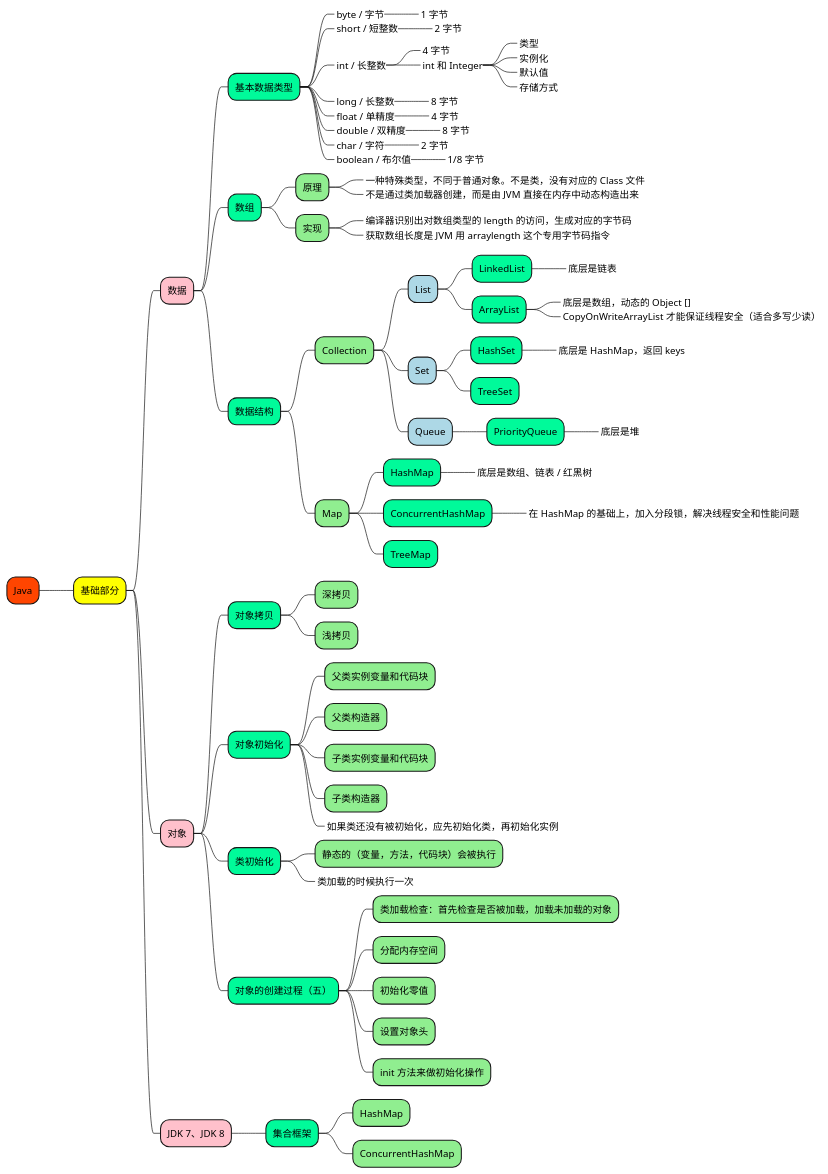
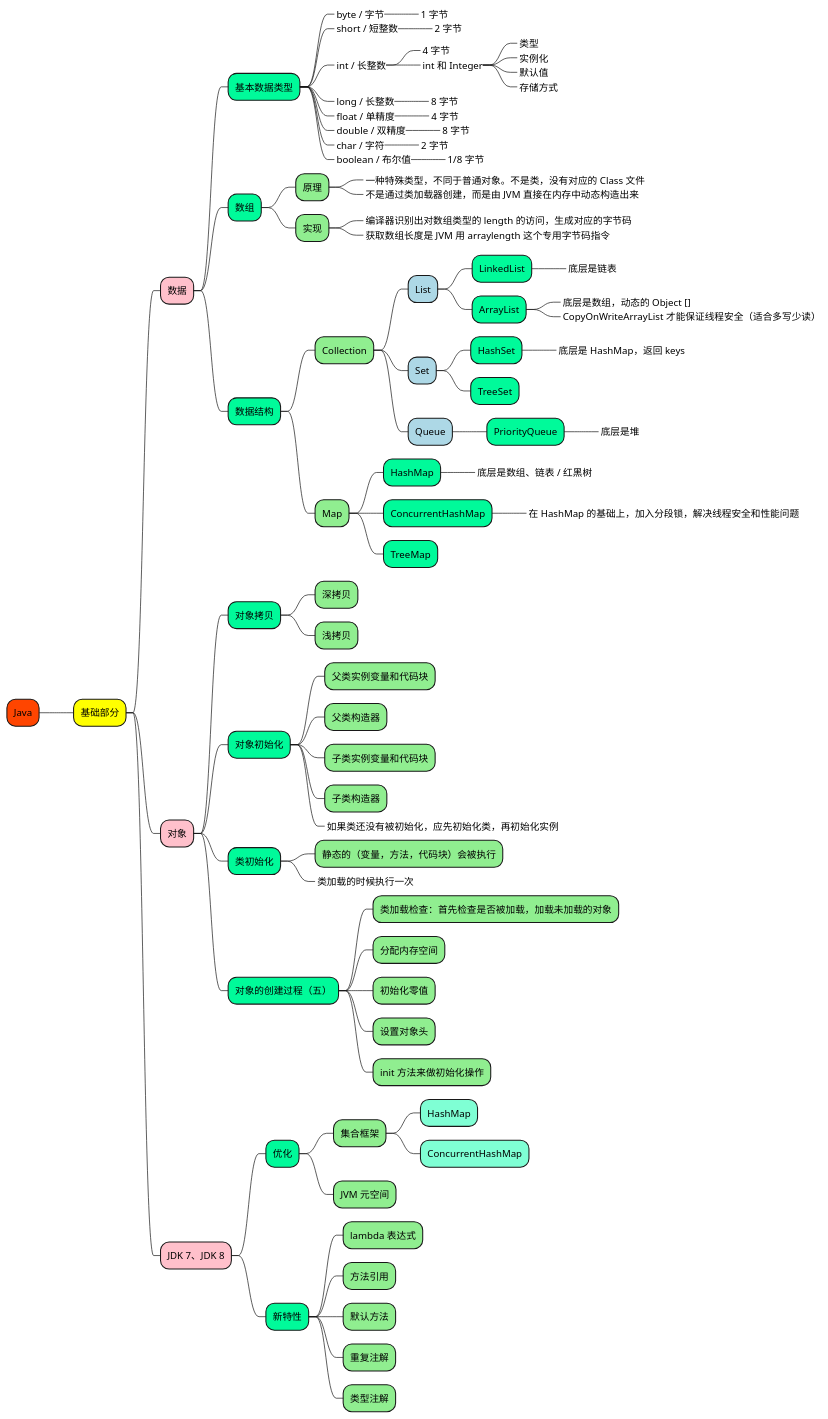
Before and after one commit to doveg/self-cultivation-of-a-software-engineer: the diagram in 1_map/1-java/Java.puml, drawn with PlantUML. The commit also changed 15 other files, not shown here.

```diff
--- a/1_map/1-java/Java.puml
+++ b/1_map/1-java/Java.puml
@@ -1,114 +1,125 @@
 @startmindmap
 
 +[#OrangeRed] Java
 
 ++[#yellow] 基础部分
 
 +++[#Pink] 数据
 
 ++++[#MediumSpringGreen] 基本数据类型
 
 +++++[#LightGreen]_ byte / 字节
 ++++++_ 1 字节
 +++++[#LightGreen]_ short / 短整数
 ++++++_ 2 字节
 +++++[#LightGreen]_ int / 长整数
 ++++++_ 4 字节
 ++++++[#LightGreen]_ int 和 Integer
 +++++++_ 类型
 +++++++_ 实例化
 +++++++_ 默认值
 +++++++_ 存储方式
 +++++[#LightGreen]_ long / 长整数
 ++++++_ 8 字节
 +++++[#LightGreen]_ float / 单精度
 ++++++_ 4 字节
 +++++[#LightGreen]_ double / 双精度
 ++++++_ 8 字节
 +++++[#LightGreen]_ char / 字符
 ++++++_ 2 字节
 +++++[#LightGreen]_ boolean / 布尔值
 ++++++_ 1/8 字节
 
 ++++[#MediumSpringGreen] 数组
 
 +++++[#LightGreen] 原理
 ++++++[#LightBlue]_ 一种特殊类型，不同于普通对象。不是类，没有对应的 Class 文件
 ++++++[#LightBlue]_ 不是通过类加载器创建，而是由 JVM 直接在内存中动态构造出来
 
 +++++[#LightGreen] 实现
 ++++++[#LightBlue]_ 编译器识别出对数组类型的 length 的访问，生成对应的字节码
 ++++++[#LightBlue]_ 获取数组长度是 JVM 用 arraylength 这个专用字节码指令
 
 ++++[#MediumSpringGreen] 数据结构
 
 +++++[#LightGreen] Collection
 ++++++[#LightBlue] List
 +++++++[#MediumSpringGreen] LinkedList
 ++++++++[#MediumSpringGreen]_ 底层是链表
 +++++++[#MediumSpringGreen] ArrayList
 ++++++++[#MediumSpringGreen]_ 底层是数组，动态的 Object []
 ++++++++[#MediumSpringGreen]_ CopyOnWriteArrayList 才能保证线程安全（适合多写少读）
 
 ++++++[#LightBlue] Set
 +++++++[#MediumSpringGreen] HashSet
 ++++++++[#MediumSpringGreen]_ 底层是 HashMap，返回 keys
 +++++++[#MediumSpringGreen] TreeSet
 
 ++++++[#LightBlue] Queue
 +++++++[#MediumSpringGreen] PriorityQueue
 ++++++++[#MediumSpringGreen]_ 底层是堆
 
 +++++[#LightGreen] Map
 ++++++[#MediumSpringGreen] HashMap
 +++++++[#MediumSpringGreen]_ 底层是数组、链表 / 红黑树
 ++++++[#MediumSpringGreen] ConcurrentHashMap
 +++++++[#MediumSpringGreen]_ 在 HashMap 的基础上，加入分段锁，解决线程安全和性能问题
 ++++++[#MediumSpringGreen] TreeMap
 
 
 +++[#Pink] 对象
 
 ++++[#MediumSpringGreen] 对象拷贝
 +++++[#LightGreen] 深拷贝
 +++++[#LightGreen] 浅拷贝
 
 ++++[#MediumSpringGreen] 对象初始化
 +++++[#LightGreen] 父类实例变量和代码块
 +++++[#LightGreen] 父类构造器
 +++++[#LightGreen] 子类实例变量和代码块
 +++++[#LightGreen] 子类构造器
 +++++[#LightGreen]_ 如果类还没有被初始化，应先初始化类，再初始化实例
 
 ++++[#MediumSpringGreen] 类初始化
 +++++[#LightGreen] 静态的（变量，方法，代码块）会被执行
 +++++[#LightGreen]_ 类加载的时候执行一次
 
 ++++[#MediumSpringGreen] 对象的创建过程（五）
 +++++[#LightGreen] 类加载检查：首先检查是否被加载，加载未加载的对象
 +++++[#LightGreen] 分配内存空间
 +++++[#LightGreen] 初始化零值
 +++++[#LightGreen] 设置对象头
 +++++[#LightGreen] init 方法来做初始化操作
 
 
 
 +++[#Pink] JDK 7、JDK 8
 
-++++[#MediumSpringGreen] 集合框架
-+++++[#LightGreen] HashMap
-+++++[#LightGreen] ConcurrentHashMap
+++++[#MediumSpringGreen] 优化
+
++++++[#LightGreen] 集合框架
+++++++[#Aquamarine] HashMap
+++++++[#Aquamarine] ConcurrentHashMap
++++++[#LightGreen] JVM 元空间
+
+++++[#MediumSpringGreen] 新特性
+
++++++[#LightGreen] lambda 表达式
++++++[#LightGreen] 方法引用
++++++[#LightGreen] 默认方法
++++++[#LightGreen] 重复注解
++++++[#LightGreen] 类型注解
 
 
 
 
 
 
 
 
 'https://juejin.cn/post/6995088510134779912
 'https://www.jianshu.com/p/562c4c883459
 'https://www.jianshu.com/p/ecc6d3ac100d
 
 
 @endmindmap
```
